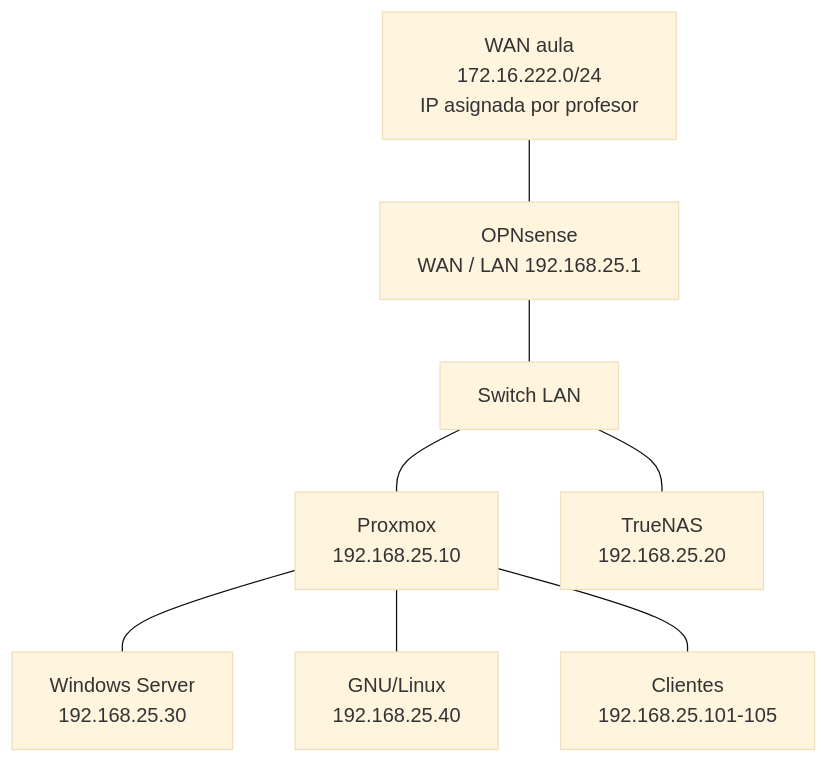
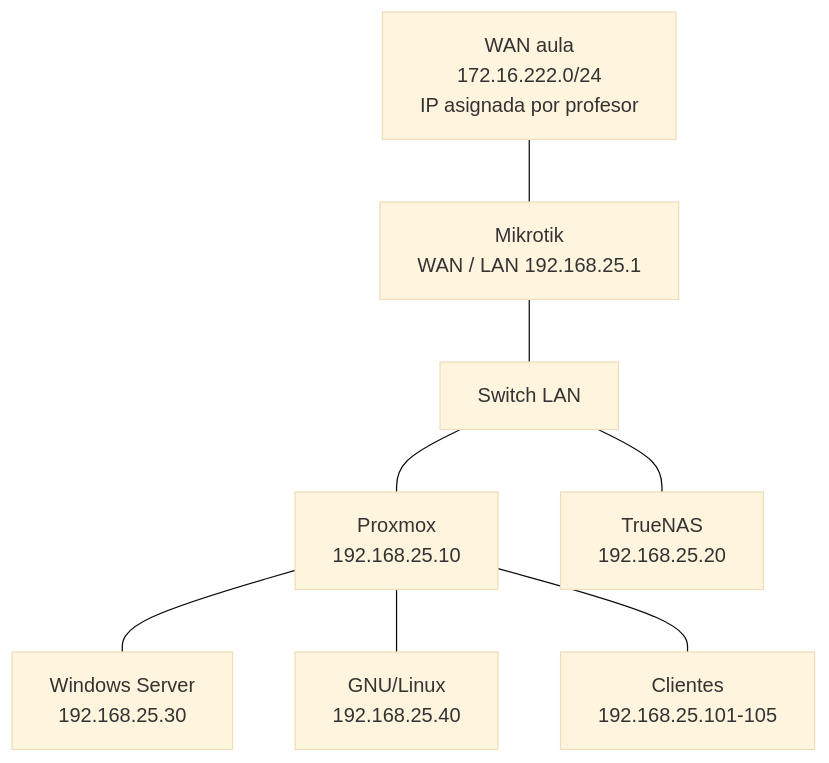
The diagram in diagramas/topologia.md (dr3wh4k/Proyecto-FHW-ISO-individual), drawn with Mermaid (base theme) before and after one commit.

````diff
--- a/diagramas/topologia.md
+++ b/diagramas/topologia.md
@@ -3,18 +3,18 @@
 ```mermaid
 flowchart TB
   WAN["WAN aula<br/>172.16.222.0/24<br/>IP asignada por profesor"]
-  FW["OPNsense<br/>WAN / LAN 192.168.25.1"]
+  FW["Mikrotik<br/>WAN / LAN 192.168.25.1"]
   SW["Switch LAN"]
   PVE["Proxmox<br/>192.168.25.10"]
   NAS["TrueNAS<br/>192.168.25.20"]
   DC["Windows Server<br/>192.168.25.30"]
   LNX["GNU/Linux<br/>192.168.25.40"]
   PC["Clientes<br/>192.168.25.101-105"]
   WAN --- FW
   FW --- SW
   SW --- PVE
   SW --- NAS
   PVE --- DC
   PVE --- LNX
   PVE --- PC
 ```
````
